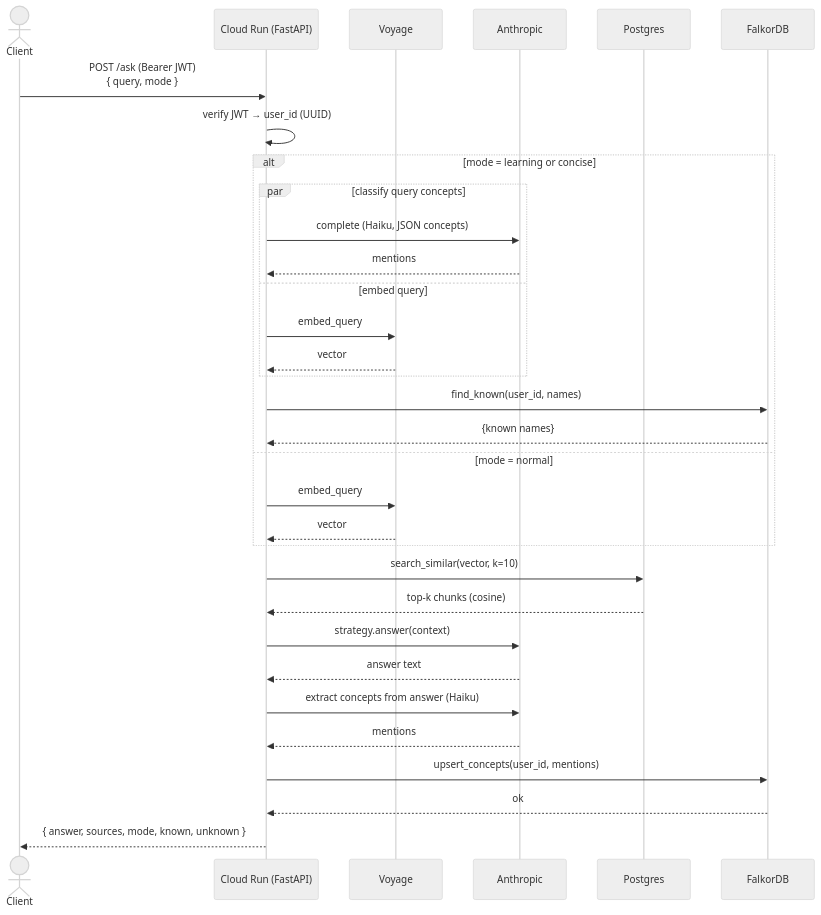
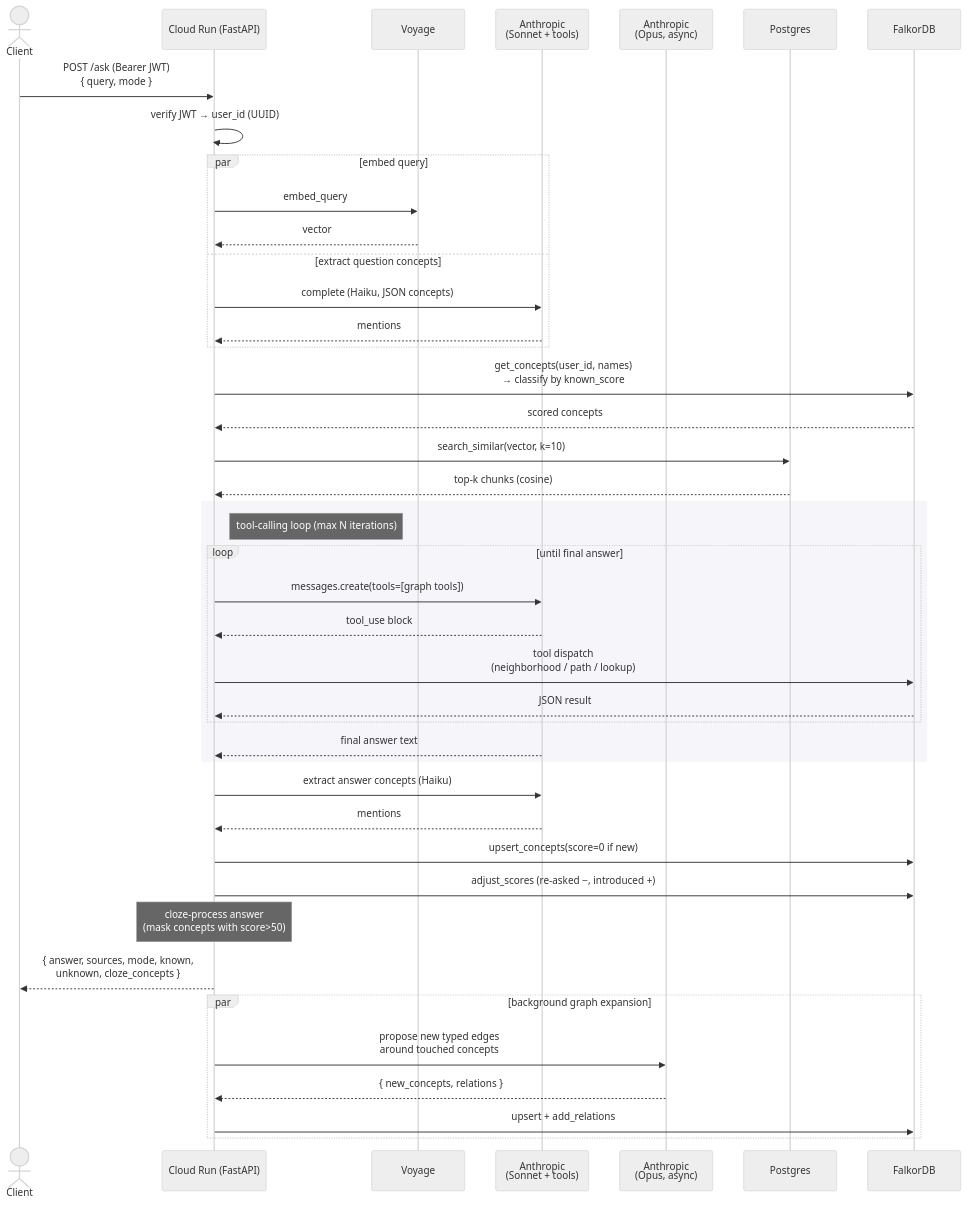
One commit to Elstargo00/known-gap changed the second of 3 diagrams in ARCHITECTURE.md. Above: the diagram before and after it, drawn with Mermaid (neutral theme). The commit also changed other lines of this file, not shown here.

First line of the commit message:
docs: refresh ARCHITECTURE for tool-calling flow and scored graph

````diff
--- a/ARCHITECTURE.md
+++ b/ARCHITECTURE.md
@@ -90,40 +95,51 @@
 ```mermaid
 sequenceDiagram
     actor Client
     participant API as Cloud Run (FastAPI)
     participant Voyage
-    participant Anthropic
+    participant Anthropic as Anthropic<br/>(Sonnet + tools)
+    participant Opus as Anthropic<br/>(Opus, async)
     participant Postgres
     participant FalkorDB
 
     Client->>API: POST /ask (Bearer JWT)<br/>{ query, mode }
     API->>API: verify JWT → user_id (UUID)
 
-    alt mode = learning or concise
-        par classify query concepts
-            API->>Anthropic: complete (Haiku, JSON concepts)
-            Anthropic-->>API: mentions
-        and embed query
-            API->>Voyage: embed_query
-            Voyage-->>API: vector
-        end
-        API->>FalkorDB: find_known(user_id, names)
-        FalkorDB-->>API: {known names}
-    else mode = normal
+    par embed query
         API->>Voyage: embed_query
         Voyage-->>API: vector
+    and extract question concepts
+        API->>Anthropic: complete (Haiku, JSON concepts)
+        Anthropic-->>API: mentions
     end
+    API->>FalkorDB: get_concepts(user_id, names)<br/>→ classify by known_score
+    FalkorDB-->>API: scored concepts
 
     API->>Postgres: search_similar(vector, k=10)
     Postgres-->>API: top-k chunks (cosine)
 
-    API->>Anthropic: strategy.answer(context)
-    Anthropic-->>API: answer text
+    rect rgb(245,245,250)
+        note right of API: tool-calling loop (max N iterations)
+        loop until final answer
+            API->>Anthropic: messages.create(tools=[graph tools])
+            Anthropic-->>API: tool_use block
+            API->>FalkorDB: tool dispatch<br/>(neighborhood / path / lookup)
+            FalkorDB-->>API: JSON result
+        end
+        Anthropic-->>API: final answer text
+    end
 
-    API->>Anthropic: extract concepts from answer (Haiku)
+    API->>Anthropic: extract answer concepts (Haiku)
     Anthropic-->>API: mentions
-    API->>FalkorDB: upsert_concepts(user_id, mentions)
-    FalkorDB-->>API: ok
+    API->>FalkorDB: upsert_concepts(score=0 if new)
+    API->>FalkorDB: adjust_scores (re-asked −, introduced +)
+    Note over API: cloze-process answer<br/>(mask concepts with score>50)
 
-    API-->>Client: { answer, sources, mode, known, unknown }
+    API-->>Client: { answer, sources, mode, known,<br/>unknown, cloze_concepts }
+
+    par background graph expansion
+        API->>Opus: propose new typed edges<br/>around touched concepts
+        Opus-->>API: { new_concepts, relations }
+        API->>FalkorDB: upsert + add_relations
+    end
 ```
````
